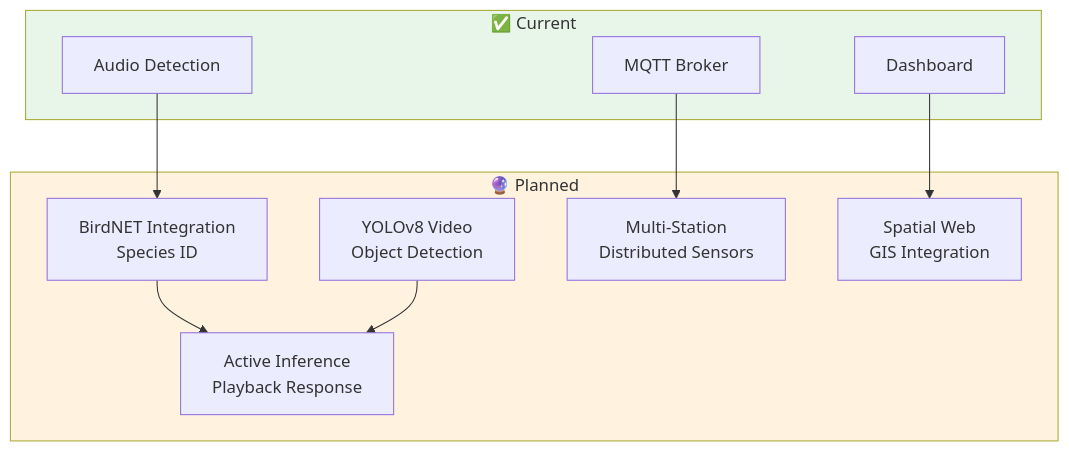
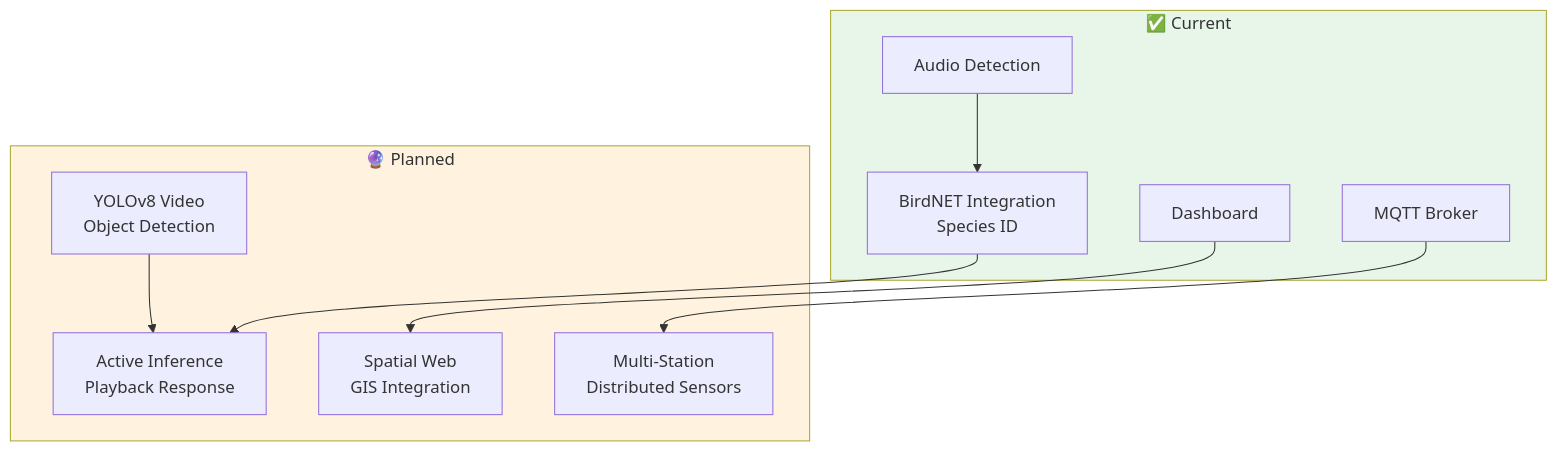
Before and after one commit to scottchronicity/orpheus: the tenth of 10 diagrams in docs/ARCHITECTURE.md, drawn with Mermaid. The commit also changed other lines of this file and 31 other files, not shown here.

````diff
--- a/docs/ARCHITECTURE.md
+++ b/docs/ARCHITECTURE.md
@@ -583,25 +583,25 @@
 ```mermaid
 graph TB
     subgraph Current["✅ Current"]
         AUDIO_NOW[Audio Detection]
+        BIRDNET[BirdNET Integration<br/>Species ID]
         DASH_NOW[Dashboard]
         MQTT_NOW[MQTT Broker]
     end
 
     subgraph Planned["🔮 Planned"]
-        BIRDNET[BirdNET Integration<br/>Species ID]
         YOLO[YOLOv8 Video<br/>Object Detection]
         ACTIVE[Active Inference<br/>Playback Response]
         MULTI[Multi-Station<br/>Distributed Sensors]
         SPATIAL[Spatial Web<br/>GIS Integration]
     end
 
     AUDIO_NOW --> BIRDNET
     DASH_NOW --> SPATIAL
     MQTT_NOW --> MULTI
     BIRDNET --> ACTIVE
     YOLO --> ACTIVE
 
     style Current fill:#e8f5e9
     style Planned fill:#fff3e0
 ```
````
